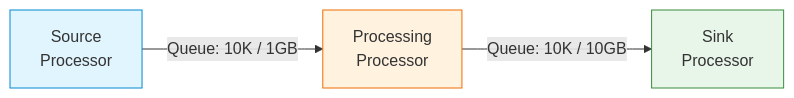
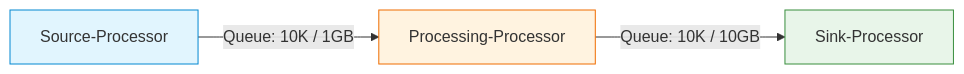
One commit to trangtoan293/hanas-doc changed the first of 2 diagrams in website/docs/01-ingestion/apache-nifi/best-practices.md. Above: the diagram before and after it, drawn with Mermaid. The commit also changed other lines of this file and 6 other files, not shown here.

````diff
--- a/website/docs/01-ingestion/apache-nifi/best-practices.md
+++ b/website/docs/01-ingestion/apache-nifi/best-practices.md
@@ -49,8 +49,8 @@
 ```mermaid
 flowchart LR
-    Source["Source\nProcessor"] -->|"Queue: 10K / 1GB"| Process["Processing\nProcessor"] -->|"Queue: 10K / 10GB"| Sink["Sink\nProcessor"]
+    Source["Source-Processor"] -->|"Queue: 10K / 1GB"| Process["Processing-Processor"] -->|"Queue: 10K / 10GB"| Sink["Sink-Processor"]
     
     style Source fill:#e1f5fe,stroke:#0288d1
     style Process fill:#fff3e0,stroke:#ef6c00
     style Sink fill:#e8f5e9,stroke:#388e3c
 ```
````
